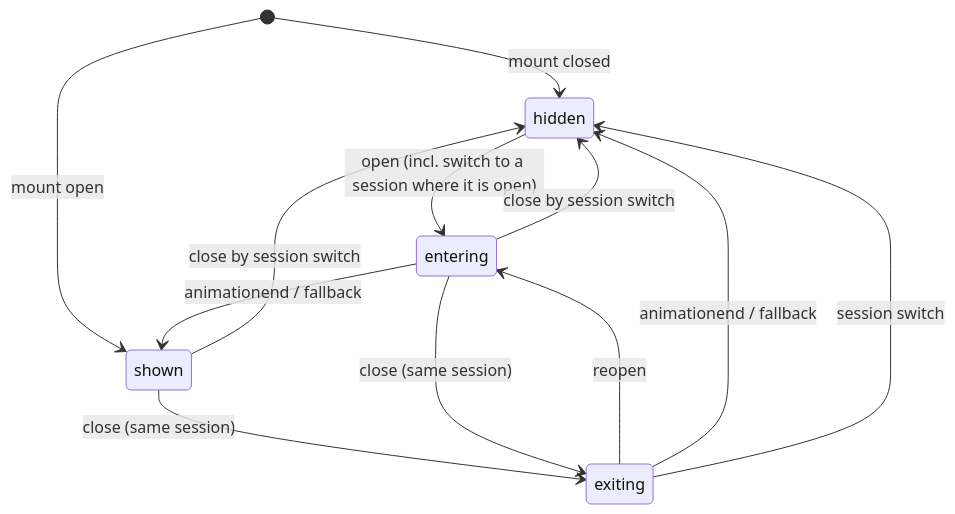
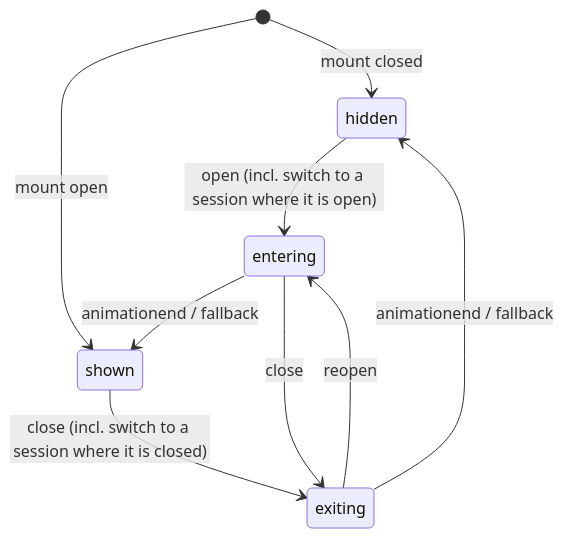
Before and after one commit to Mufdi/nergal: the diagram in openspec/changes/quake-always-mounted/design.md, drawn with Mermaid. The commit also changed other lines of this file and 8 other files, not shown here.

Commit message:
fix(quake): Play the exit slide when a session switch closes the overlay (FRI-475)

````diff
--- a/openspec/changes/quake-always-mounted/design.md
+++ b/openspec/changes/quake-always-mounted/design.md
@@ -45,14 +45,11 @@
 ```mermaid
 stateDiagram-v2
     [*] --> hidden: mount closed
     [*] --> shown: mount open
     hidden --> entering: open (incl. switch to a session where it is open)
     entering --> shown: animationend / fallback
-    shown --> exiting: close (same session)
-    entering --> exiting: close (same session)
+    shown --> exiting: close (incl. switch to a session where it is closed)
+    entering --> exiting: close
     exiting --> entering: reopen
     exiting --> hidden: animationend / fallback
-    shown --> hidden: close by session switch
-    entering --> hidden: close by session switch
-    exiting --> hidden: session switch
 ```
````
